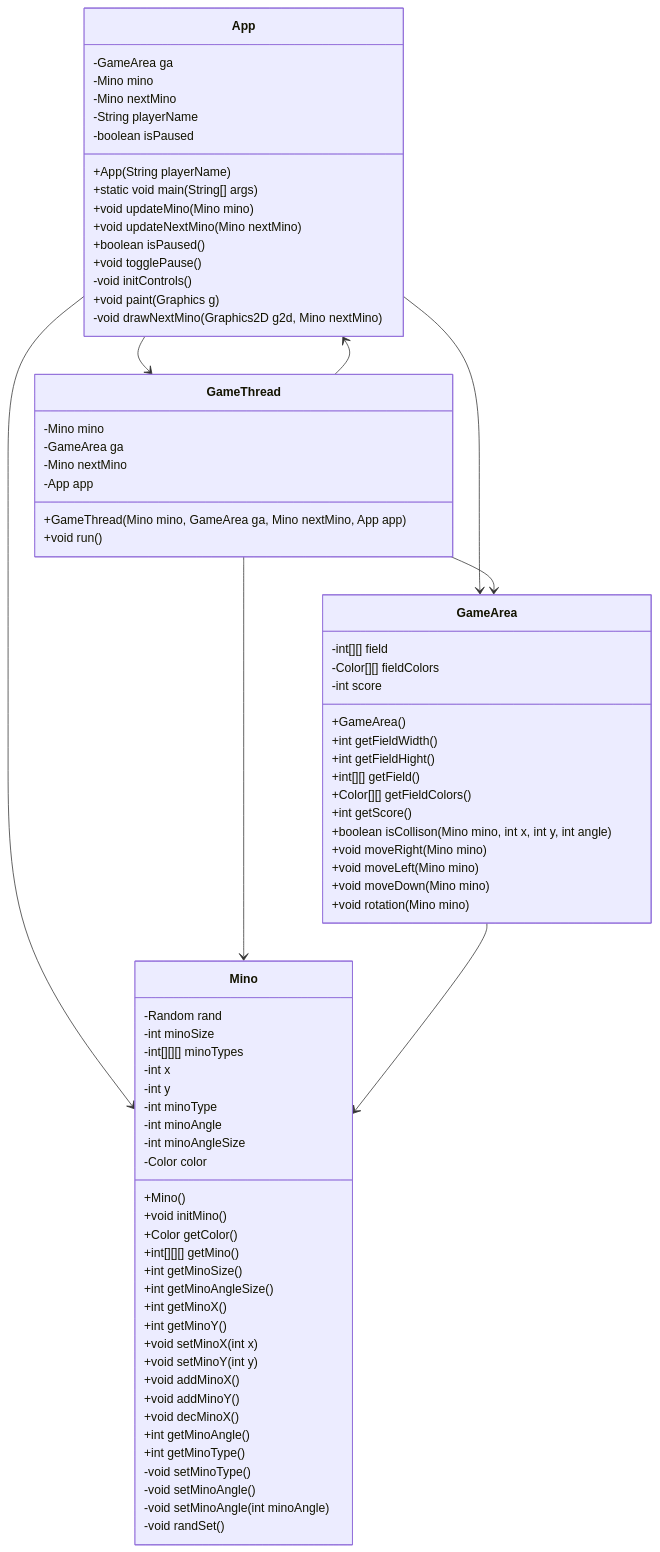
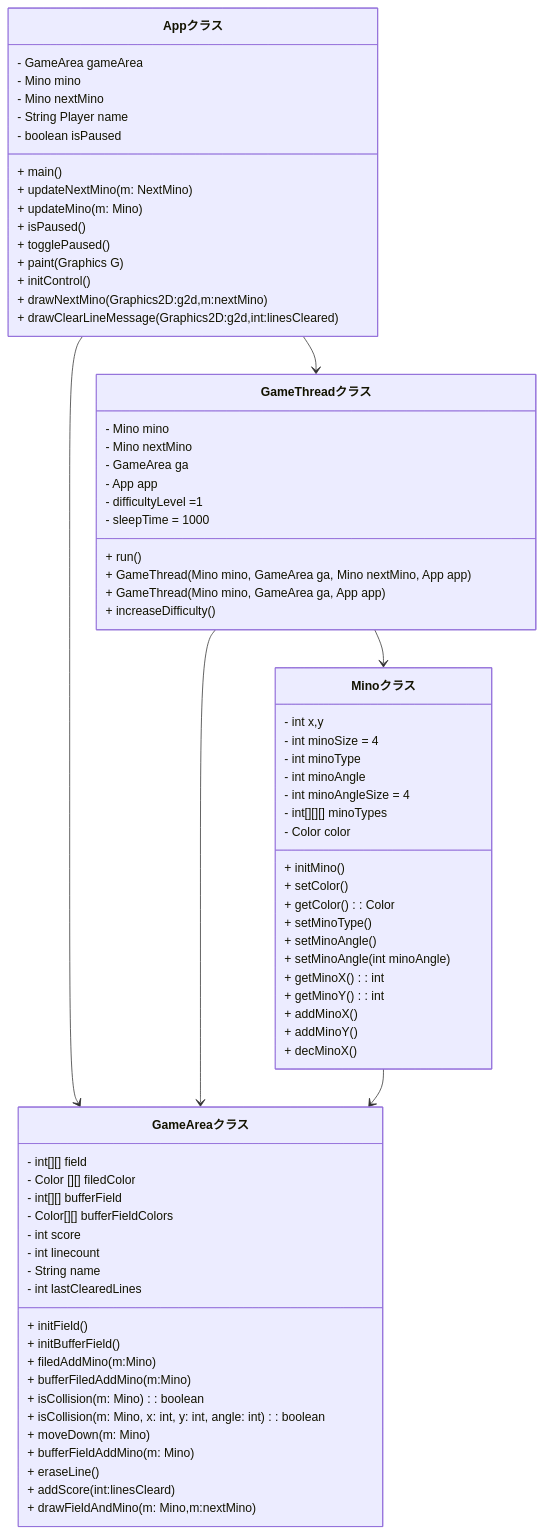
Before and after one commit to keigo66/teamB_TETRIS: the diagram in classDia.md, drawn with Mermaid.

````diff
--- a/classDia.md
+++ b/classDia.md
@@ -1,84 +1,82 @@
 ```mermaid
 classDiagram
-    class App {
-        -GameArea ga
-        -Mino mino
-        -Mino nextMino
-        -String playerName
-        -boolean isPaused
-        +App(String playerName)
-        +static void main(String[] args)
-        +void updateMino(Mino mino)
-        +void updateNextMino(Mino nextMino)
-        +boolean isPaused()
-        +void togglePause()
-        -void initControls()
-        +void paint(Graphics g)
-        -void drawNextMino(Graphics2D g2d, Mino nextMino)
+    class Appクラス {
+        - GameArea gameArea
+        - Mino mino
+        - Mino nextMino
+        - String Player name
+        - boolean isPaused
+        + main()
+        + updateNextMino(m: NextMino)
+        + updateMino(m: Mino)
+        + isPaused()
+        + togglePaused()
+        + paint(Graphics G)
+        + initControl()
+        + drawNextMino(Graphics2D:g2d,m:nextMino)
+        + drawClearLineMessage(Graphics2D:g2d,int:linesCleared)
     }
 
-    class GameArea {
-        -int[][] field
-        -Color[][] fieldColors
-        -int score
-        +GameArea()
-        +int getFieldWidth()
-        +int getFieldHight()
-        +int[][] getField()
-        +Color[][] getFieldColors()
-        +int getScore()
-        +boolean isCollison(Mino mino, int x, int y, int angle)
-        +void moveRight(Mino mino)
-        +void moveLeft(Mino mino)
-        +void moveDown(Mino mino)
-        +void rotation(Mino mino)
+    class GameAreaクラス {
+        - int[][] field
+        - Color [][] filedColor
+        - int[][] bufferField
+        - Color[][] bufferFieldColors
+        - int score
+        - int linecount
+        - String name
+        - int lastClearedLines
+        + initField()
+        + initBufferField()
+        + filedAddMino(m:Mino)
+        + bufferFiledAddMino(m:Mino)
+        + isCollision(m: Mino) : boolean
+        + isCollision(m: Mino, x: int, y: int, angle: int) : boolean
+        + moveDown(m: Mino)
+        + bufferFieldAddMino(m: Mino)
+        + eraseLine()
+        + addScore(int:linesCleard)
+        + drawFieldAndMino(m: Mino,m:nextMino)
     }
 
-    class Mino {
-        -Random rand
-        -int minoSize
-        -int[][][] minoTypes
-        -int x
-        -int y
-        -int minoType
-        -int minoAngle
-        -int minoAngleSize
-        -Color color
-        +Mino()
-        +void initMino()
-        +Color getColor()
-        +int[][][] getMino()
-        +int getMinoSize()
-        +int getMinoAngleSize()
-        +int getMinoX()
-        +int getMinoY()
-        +void setMinoX(int x)
-        +void setMinoY(int y)
-        +void addMinoX()
-        +void addMinoY()
-        +void decMinoX()
-        +int getMinoAngle()
-        +int getMinoType()
-        -void setMinoType()
-        -void setMinoAngle()
-        -void setMinoAngle(int minoAngle)
-        -void randSet()
+    class GameThreadクラス {
+        - Mino mino
+        - Mino nextMino
+        - GameArea ga
+        - App app
+        - difficultyLevel =1
+        - sleepTime = 1000
+        + run()
+        + GameThread(Mino mino, GameArea ga, Mino nextMino, App app)
+        + GameThread(Mino mino, GameArea ga, App app)
+        + increaseDifficulty()
+
     }
 
-    class GameThread {
-        -Mino mino
-        -GameArea ga
-        -Mino nextMino
-        -App app
-        +GameThread(Mino mino, GameArea ga, Mino nextMino, App app)
-        +void run()
+    class Minoクラス {
+        - int x,y
+        - int minoSize = 4
+        - int minoType
+        - int minoAngle
+        - int minoAngleSize = 4
+        - int[][][] minoTypes
+        - Color color
+        + initMino()
+        + setColor()
+        + getColor() : Color
+        + setMinoType()
+        + setMinoAngle()
+        + setMinoAngle(int minoAngle)
+        + getMinoX() : int
+        + getMinoY() : int
+        + addMinoX()
+        + addMinoY()
+        + decMinoX()
     }
 
-    App --> GameArea
-    App --> Mino
-    App --> GameThread
-    GameThread --> Mino
-    GameThread --> GameArea
-    GameThread --> App
-    GameArea --> Mino
+    Appクラス  --> GameThreadクラス
+    Appクラス  --> GameAreaクラス
+    GameThreadクラス --> GameAreaクラス
+    GameThreadクラス  -->  Minoクラス
+    Minoクラス  -->  GameAreaクラス
 ```
````
